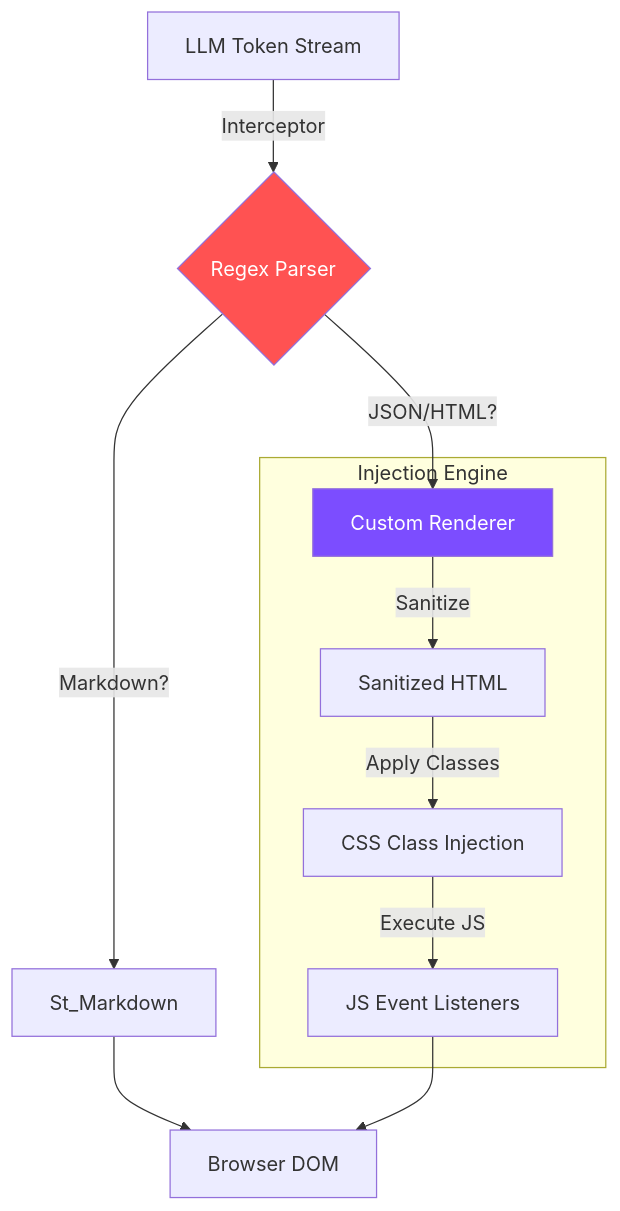
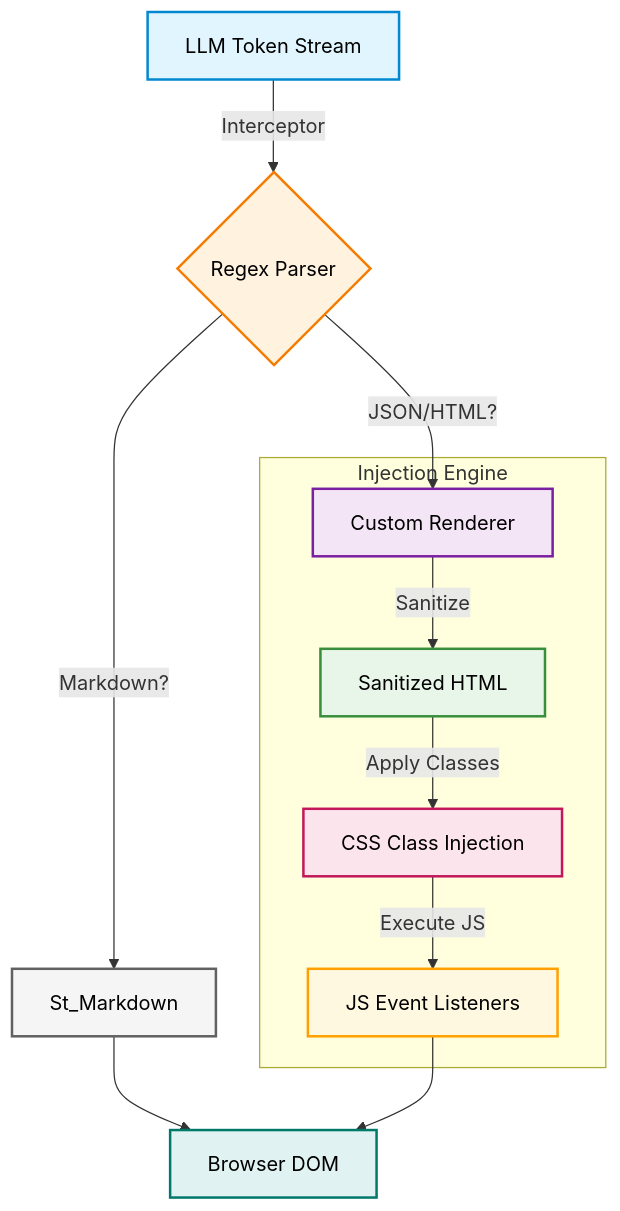
The fourth of 4 diagrams in README.md (Sur27codes/EchoMindAI), drawn with Mermaid before and after one commit. The commit also changed other lines of this file, not shown here.

Commit message:
Polish system workflows with vibrant diagrams and narrative steps

````diff
--- a/README.md
+++ b/README.md
@@ -135,19 +170,26 @@
 ```mermaid
 graph TD
-    Stream[LLM Token Stream] -->|Interceptor| Parser{Regex Parser}
+    Stream["LLM Token Stream"]:::stream -->|Interceptor| Parser{"Regex Parser"}:::logic
     
-    Parser -->|"Markdown?"| Standard[St_Markdown]
-    Parser -->|"JSON/HTML?"| Custom[Custom Renderer]
+    Parser -->|"Markdown?"| Standard["St_Markdown"]:::standard
+    Parser -->|"JSON/HTML?"| Custom["Custom Renderer"]:::custom
     
     subgraph "Injection Engine"
-        Custom -->|Sanitize| SafeHTML[Sanitized HTML]
-        SafeHTML -->|Apply Classes| CSS[CSS Class Injection]
-        CSS -->|Execute JS| JS[JS Event Listeners]
+        Custom -->|Sanitize| SafeHTML["Sanitized HTML"]:::safe
+        SafeHTML -->|Apply Classes| CSS["CSS Class Injection"]:::css
+        CSS -->|Execute JS| JS["JS Event Listeners"]:::js
     end
     
-    Standard --> DOM[Browser DOM]
+    Standard --> DOM["Browser DOM"]:::dom
     JS --> DOM
     
-    style Parser fill:#ff5252,color:#fff
-    style Custom fill:#7c4dff,color:#fff
+    %% Styling
+    classDef stream fill:#E1F5FE,stroke:#0288D1,stroke-width:2px,color:#000;
+    classDef logic fill:#FFF3E0,stroke:#F57C00,stroke-width:2px,color:#000;
+    classDef standard fill:#F5F5F5,stroke:#616161,stroke-width:2px,color:#000;
+    classDef custom fill:#F3E5F5,stroke:#7B1FA2,stroke-width:2px,color:#000;
+    classDef safe fill:#E8F5E9,stroke:#388E3C,stroke-width:2px,color:#000;
+    classDef css fill:#FCE4EC,stroke:#C2185B,stroke-width:2px,color:#000;
+    classDef js fill:#FFF8E1,stroke:#FFA000,stroke-width:2px,color:#000;
+    classDef dom fill:#E0F2F1,stroke:#00796B,stroke-width:2px,color:#000;
 ```
````
